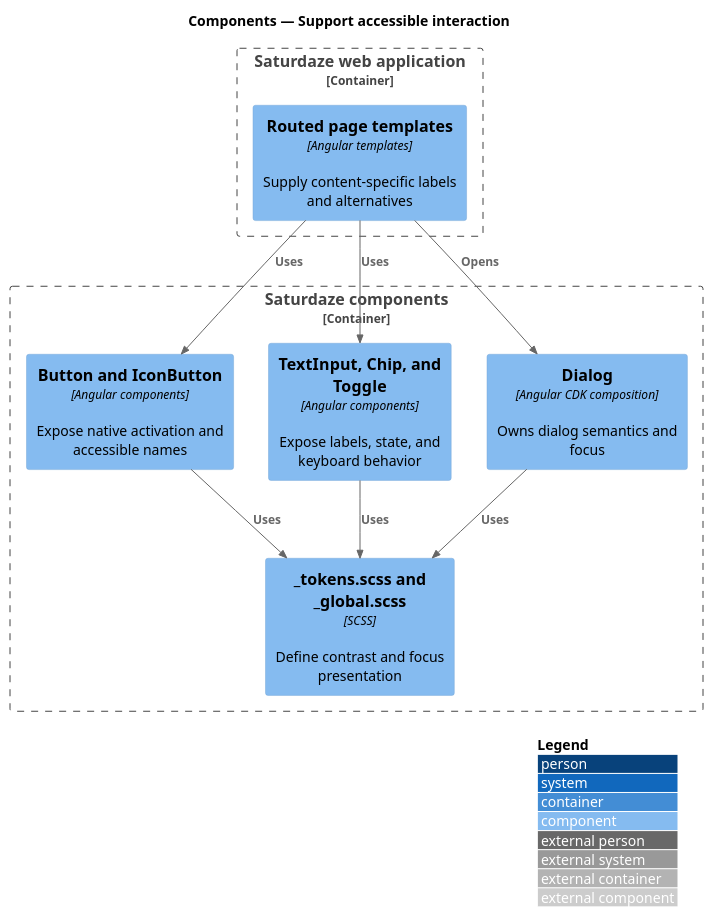
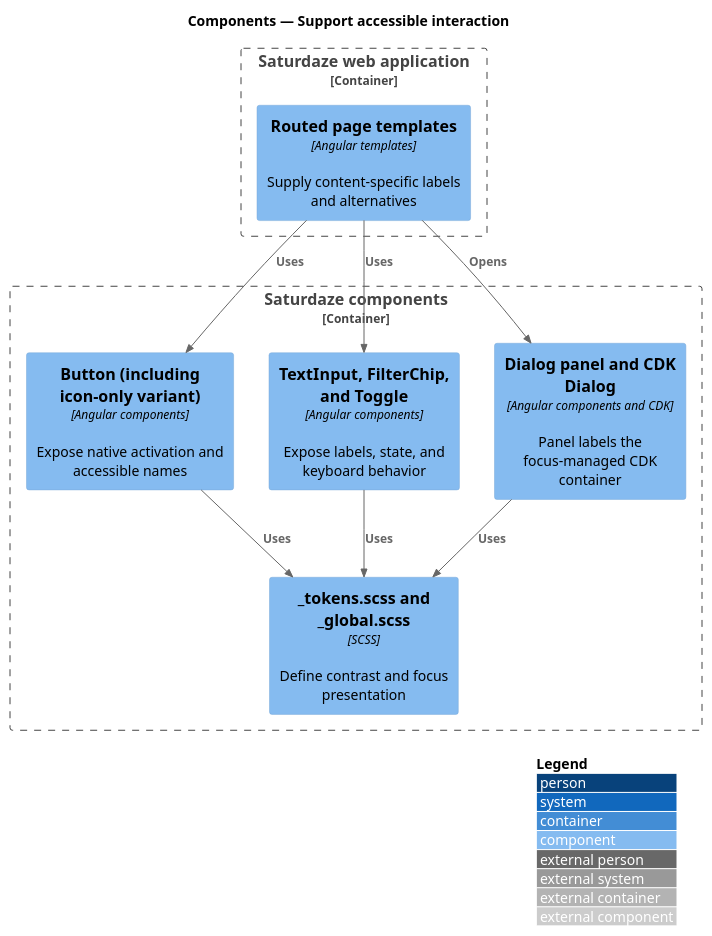
One commit to QuinntyneBrown/saturdaze changed the diagram in docs/detailed-designs/web-experience/support-accessible-interaction/diagrams/c4-component.puml. Above: the diagram before and after it, drawn with PlantUML. The commit also changed 208 other files, not shown here.

```diff
--- a/docs/detailed-designs/web-experience/support-accessible-interaction/diagrams/c4-component.puml
+++ b/docs/detailed-designs/web-experience/support-accessible-interaction/diagrams/c4-component.puml
@@ -1,21 +1,21 @@
 @startuml
 !include <C4/C4_Component>
 LAYOUT_WITH_LEGEND()
 title Components — Support accessible interaction
 
 Container_Boundary(web, "Saturdaze web application") {
   Component(pages, "Routed page templates", "Angular templates", "Supply content-specific labels and alternatives")
 }
 Container_Boundary(components, "Saturdaze components") {
-  Component(buttons, "Button and IconButton", "Angular components", "Expose native activation and accessible names")
-  Component(inputs, "TextInput, Chip, and Toggle", "Angular components", "Expose labels, state, and keyboard behavior")
-  Component(dialog, "Dialog", "Angular CDK composition", "Owns dialog semantics and focus")
+  Component(buttons, "Button (including icon-only variant)", "Angular components", "Expose native activation and accessible names")
+  Component(inputs, "TextInput, FilterChip, and Toggle", "Angular components", "Expose labels, state, and keyboard behavior")
+  Component(dialog, "Dialog panel and CDK Dialog", "Angular components and CDK", "Panel labels the focus-managed CDK container")
   Component(styles, "_tokens.scss and _global.scss", "SCSS", "Define contrast and focus presentation")
 }
 Rel(pages, buttons, "Uses")
 Rel(pages, inputs, "Uses")
 Rel(pages, dialog, "Opens")
 Rel(buttons, styles, "Uses")
 Rel(inputs, styles, "Uses")
 Rel(dialog, styles, "Uses")
 @enduml
```
